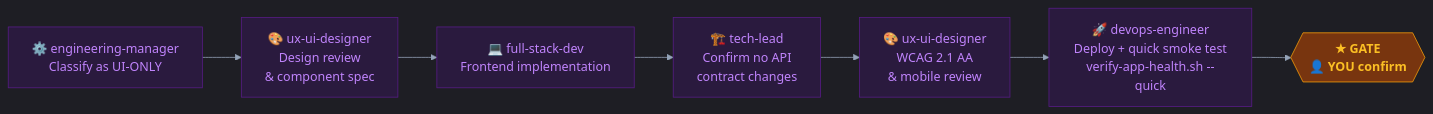
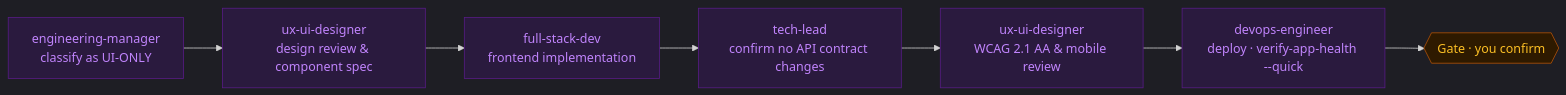
Before and after one commit to shanmuga-sundaram-n/personal-finance-tracker: the sixth of 7 diagrams in docs/agent-pipeline.md, drawn with Mermaid. The commit also changed other lines of this file, not shown here.

First line of the commit message:
docs: clean up Mermaid diagrams in agent-pipeline.md

````diff
--- a/docs/agent-pipeline.md
+++ b/docs/agent-pipeline.md
@@ -214,19 +204,19 @@
 ```mermaid
-%%{init: {'theme': 'dark', 'themeVariables': {'primaryColor': '#1e293b', 'primaryTextColor': '#e2e8f0', 'primaryBorderColor': '#334155', 'lineColor': '#94a3b8'}}}%%
+%%{init: {'theme': 'dark'}}%%
 flowchart LR
-    EM["⚙️ engineering-manager\nClassify as UI-ONLY"]
-    UX1["🎨 ux-ui-designer\nDesign review\n& component spec"]
-    FSD["💻 full-stack-dev\nFrontend implementation"]
-    TL["🏗️ tech-lead\nConfirm no API\ncontract changes"]
-    UX2["🎨 ux-ui-designer\nWCAG 2.1 AA\n& mobile review"]
-    DEV["🚀 devops-engineer\nDeploy + quick smoke test\nverify-app-health.sh --quick"]
-    GATE{{"★ GATE\n👤 YOU confirm"}}
+    em[engineering-manager\nclassify as UI-ONLY]
+    ux1[ux-ui-designer\ndesign review & component spec]
+    fsd[full-stack-dev\nfrontend implementation]
+    tl[tech-lead\nconfirm no API contract changes]
+    ux2[ux-ui-designer\nWCAG 2.1 AA & mobile review]
+    dev[devops-engineer\ndeploy · verify-app-health --quick]
+    gate{{Gate · you confirm}}
 
-    EM --> UX1 --> FSD --> TL --> UX2 --> DEV --> GATE
+    em --> ux1 --> fsd --> tl --> ux2 --> dev --> gate
 
     classDef ui   fill:#2a1a3e,stroke:#581c87,color:#c084fc
-    classDef gate fill:#78350f,stroke:#f59e0b,color:#fbbf24,font-weight:bold
+    classDef gate fill:#2e1a00,stroke:#b45309,color:#fbbf24
 
-    class EM,UX1,FSD,TL,UX2,DEV ui
-    class GATE gate
+    class em,ux1,fsd,tl,ux2,dev ui
+    class gate gate
 ```
````
